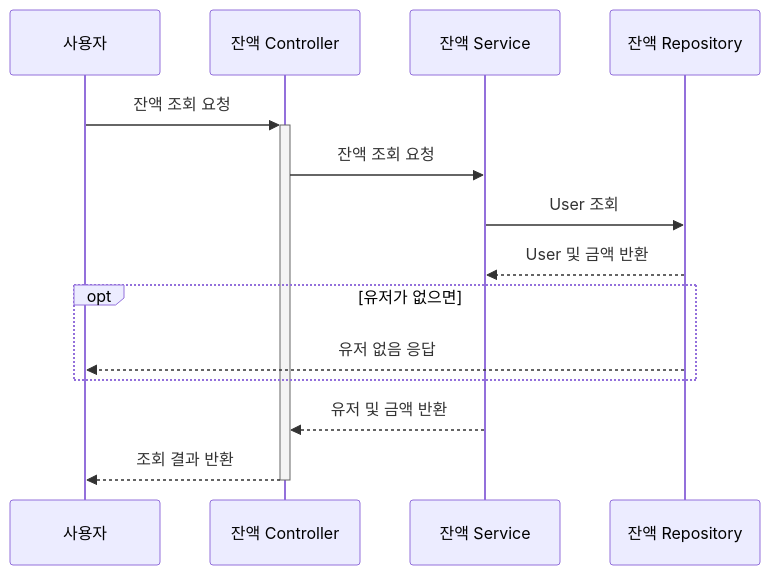
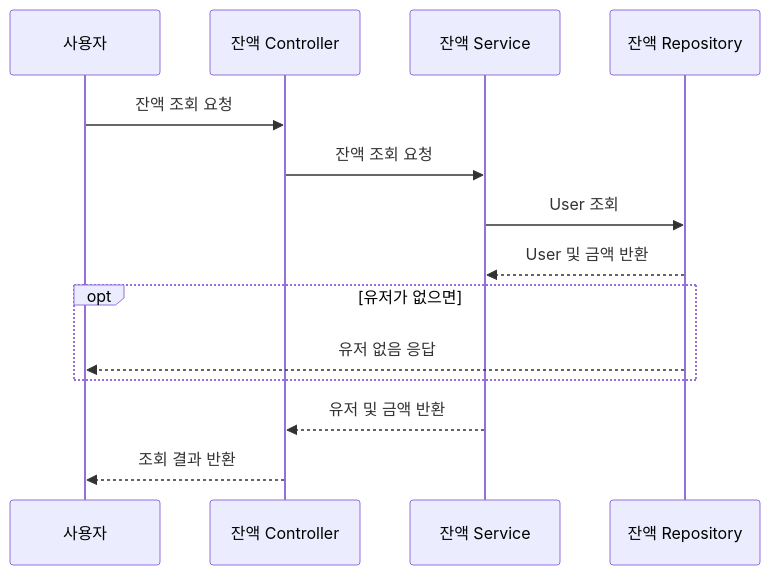
One commit to Hyuntae-91/ecommerce-practice changed the second of 11 diagrams in docs/시퀀스다이어그램.md. Above: the diagram before and after it, drawn with Mermaid. The commit also changed other lines of this file and 13 other files, not shown here.

Commit message:
docs: 불필요한 image 파일 삭제 및 erd 머메이드에서 다른 툴로 변경

````diff
--- a/docs/시퀀스다이어그램.md
+++ b/docs/시퀀스다이어그램.md
@@ -26,17 +25,17 @@
 ```mermaid
 sequenceDiagram
   participant P0 as 사용자
   participant P1 as 잔액 Controller
   participant P2 as 잔액 Service
   participant P3 as 잔액 Repository
 
-  P0 ->>+ P1: 잔액 조회 요청
+  P0 ->> P1: 잔액 조회 요청
   P1 ->> P2: 잔액 조회 요청
   P2 ->> P3: User 조회
   P3 -->> P2: User 및 금액 반환
   opt 유저가 없으면
     P3 -->> P0: 유저 없음 응답
   end
   P2 -->> P1: 유저 및 금액 반환
-  P1 -->>- P0: 조회 결과 반환
+  P1 -->> P0: 조회 결과 반환
 ```
````
